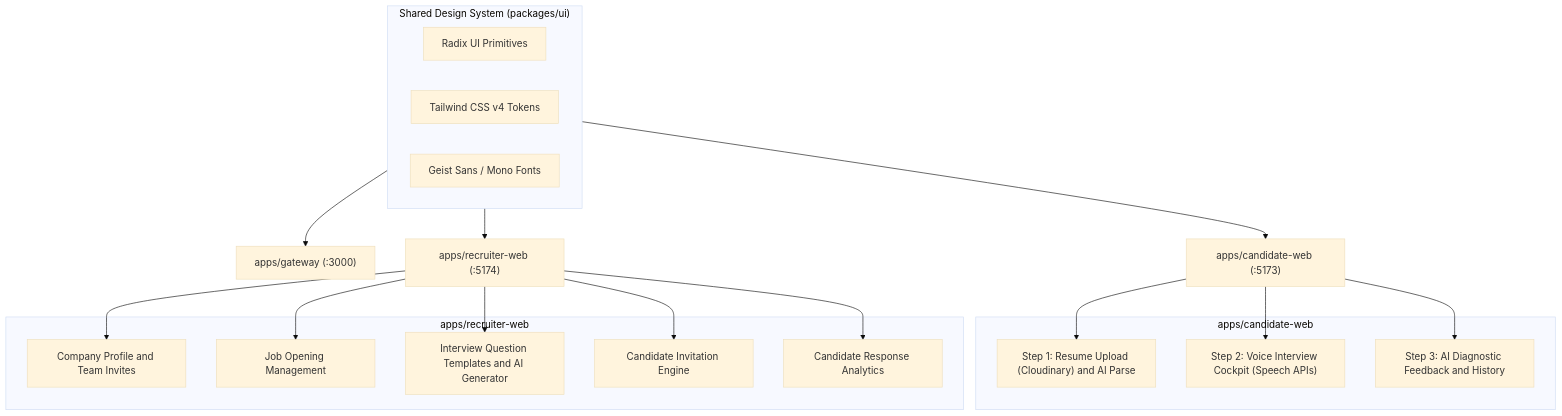
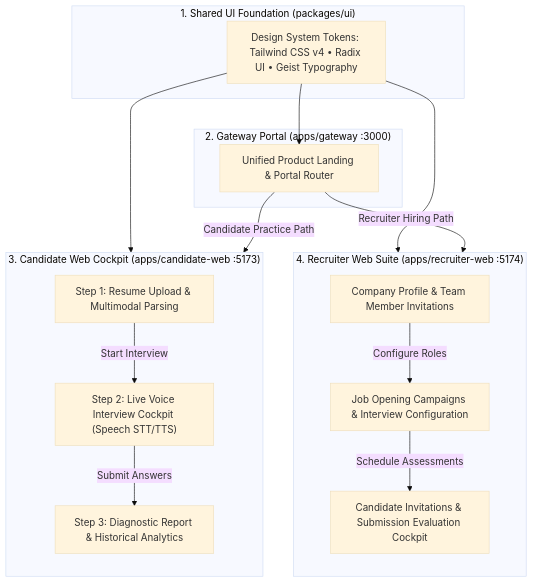
The first of 2 diagrams in docs/frontend-architecture.md (Suyog241005/interview.ai), drawn with Mermaid (base theme) before and after one commit. The commit also changed 2 other files, not shown here.

Commit message:
style(docs): optimize Mermaid diagram layouts and arrow flows for clean GitHub rendering

````diff
--- a/docs/frontend-architecture.md
+++ b/docs/frontend-architecture.md
@@ -20,36 +20,35 @@
 ```mermaid
 flowchart TD
-    subgraph UI_System["Shared Design System (packages/ui)"]
-        RADIX["Radix UI Primitives"]
-        TAILWIND["Tailwind CSS v4 Tokens"]
-        GEIST["Geist Sans / Mono Fonts"]
+    subgraph S1["1. Shared UI Foundation (packages/ui)"]
+        UI["Design System Tokens: Tailwind CSS v4 • Radix UI • Geist Typography"]
     end
 
-    UI_System --> GW["apps/gateway (:3000)"]
-    UI_System --> CW["apps/candidate-web (:5173)"]
-    UI_System --> RW["apps/recruiter-web (:5174)"]
-
-    subgraph Candidate_Features["apps/candidate-web"]
-        C_SETUP["Step 1: Resume Upload (Cloudinary) and AI Parse"]
-        C_LIVE["Step 2: Voice Interview Cockpit (Speech APIs)"]
-        C_REPORT["Step 3: AI Diagnostic Feedback and History"]
+    subgraph S2["2. Gateway Portal (apps/gateway :3000)"]
+        GW["Unified Product Landing & Portal Router"]
     end
 
-    subgraph Recruiter_Features["apps/recruiter-web"]
-        R_COMPANY["Company Profile and Team Invites"]
-        R_JOBS["Job Opening Management"]
-        R_CONFIG["Interview Question Templates and AI Generator"]
-        R_INVITE["Candidate Invitation Engine"]
-        R_EVAL["Candidate Response Analytics"]
+    subgraph S3["3. Candidate Web Cockpit (apps/candidate-web :5173)"]
+        direction TB
+        C1["Step 1: Resume Upload & Multimodal Parsing"]
+        C2["Step 2: Live Voice Interview Cockpit (Speech STT/TTS)"]
+        C3["Step 3: Diagnostic Report & Historical Analytics"]
+        C1 -->|Start Interview| C2
+        C2 -->|Submit Answers| C3
     end
 
-    CW --> C_SETUP
-    CW --> C_LIVE
-    CW --> C_REPORT
+    subgraph S4["4. Recruiter Web Suite (apps/recruiter-web :5174)"]
+        direction TB
+        R1["Company Profile & Team Member Invitations"]
+        R2["Job Opening Campaigns & Interview Configuration"]
+        R3["Candidate Invitations & Submission Evaluation Cockpit"]
+        R1 -->|Configure Roles| R2
+        R2 -->|Schedule Assessments| R3
+    end
 
-    RW --> R_COMPANY
-    RW --> R_JOBS
-    RW --> R_CONFIG
-    RW --> R_INVITE
-    RW --> R_EVAL
+    UI --> GW
+    UI --> S3
+    UI --> S4
+
+    GW -->|Candidate Practice Path| S3
+    GW -->|Recruiter Hiring Path| S4
 ```
````
